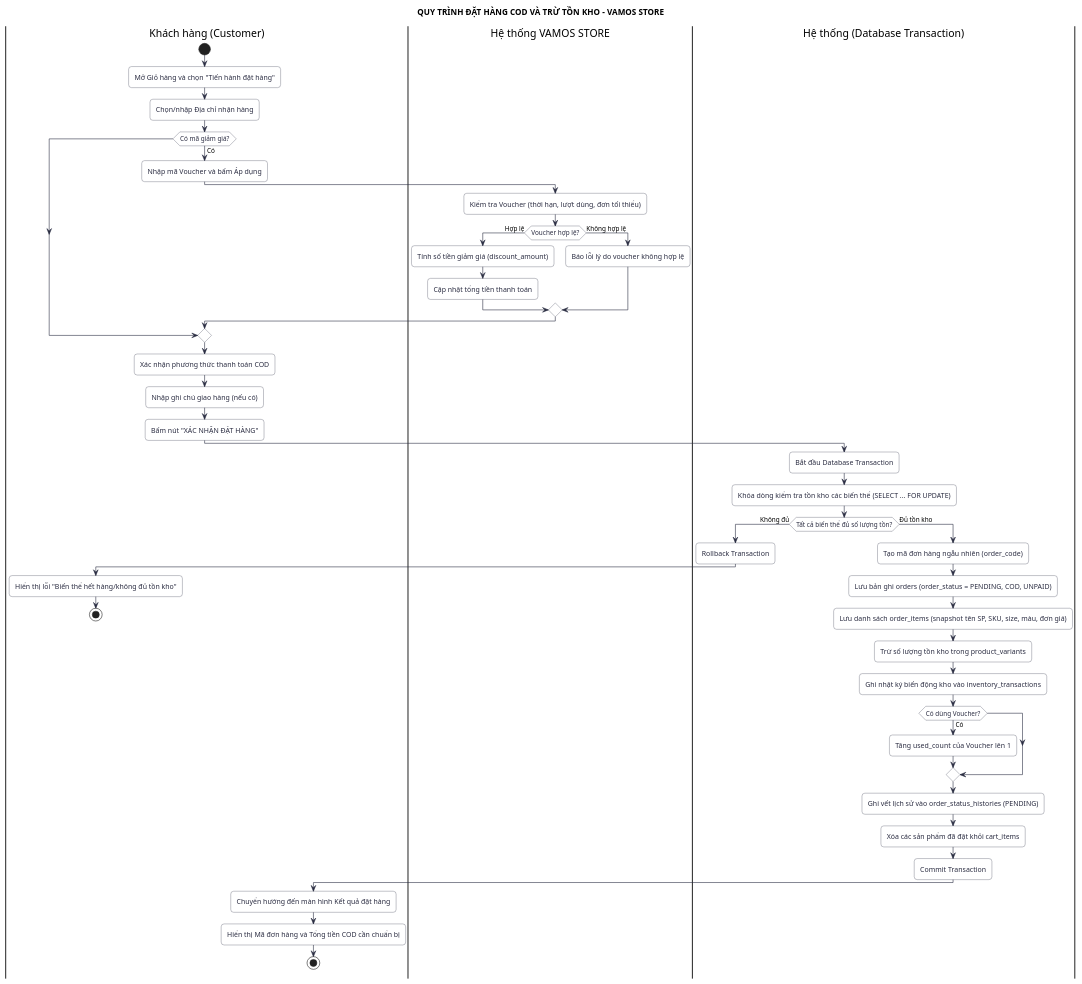
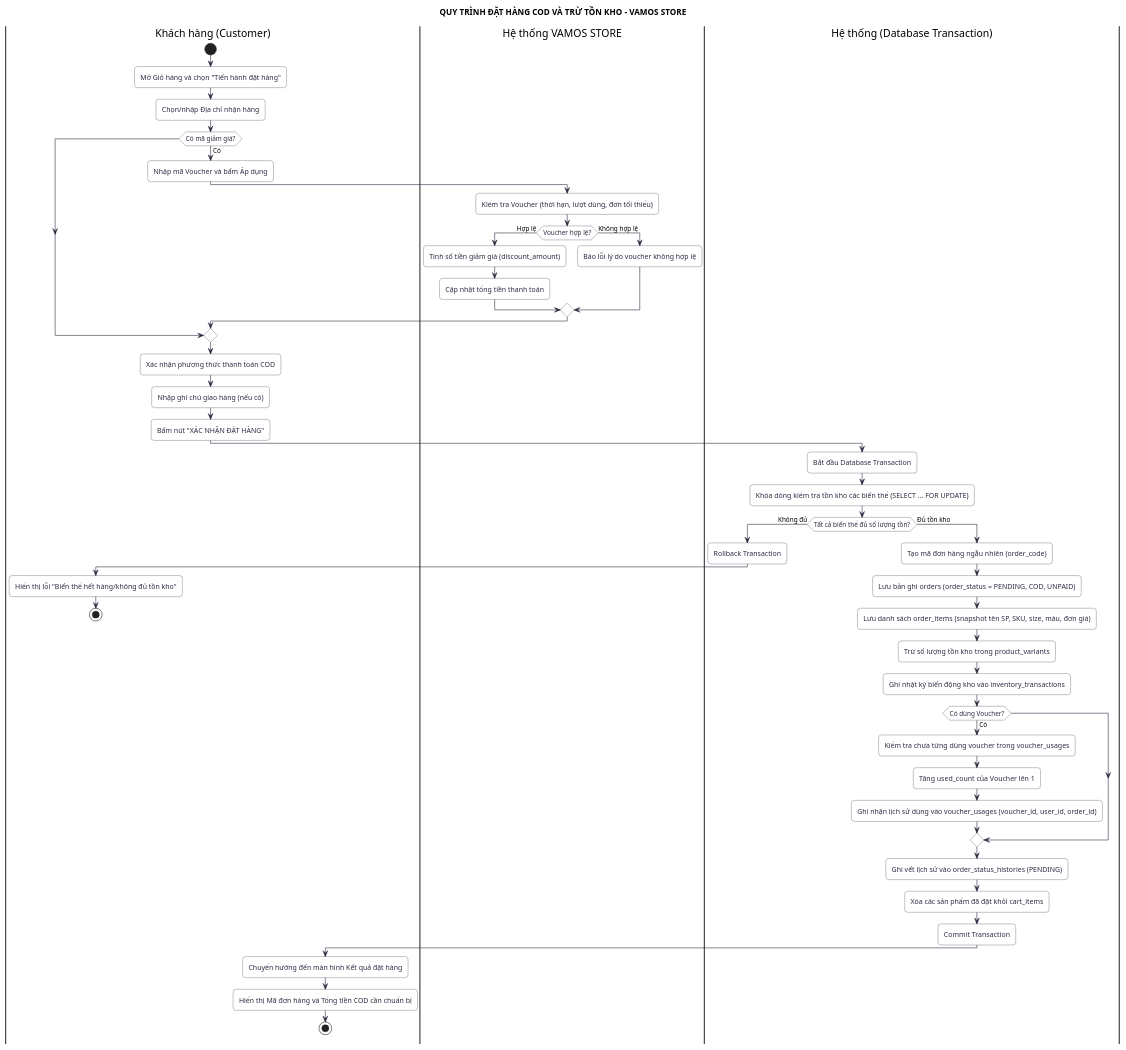
One commit to dungtttd01702-coder/vamos-store changed the diagram in docs/diagrams/activity/ad-02-checkout-cod.puml. Above: the diagram before and after it, drawn with PlantUML. The commit also changed 50 other files, not shown here.

```diff
--- a/docs/diagrams/activity/ad-02-checkout-cod.puml
+++ b/docs/diagrams/activity/ad-02-checkout-cod.puml
@@ -1,58 +1,60 @@
 @startuml ad-02-checkout-cod
 title QUY TRÌNH ĐẶT HÀNG COD VÀ TRỪ TỒN KHO - VAMOS STORE
 skinparam backgroundColor #FFFFFF
 skinparam shadowing false
 skinparam roundcorner 10
 skinparam ActivityBackgroundColor #FFFFFF
 skinparam ActivityBorderColor #2B2D42
 skinparam ActivityFontColor #2B2D42
 skinparam ArrowColor #2B2D42
 
 |Khách hàng (Customer)|
 start
 :Mở Giỏ hàng và chọn "Tiến hành đặt hàng";
 :Chọn/nhập Địa chỉ nhận hàng;
 if (Có mã giảm giá?) then (Có)
     :Nhập mã Voucher và bấm Áp dụng;
     |Hệ thống VAMOS STORE|
     :Kiểm tra Voucher (thời hạn, lượt dùng, đơn tối thiểu);
     if (Voucher hợp lệ?) then (Hợp lệ)
         :Tính số tiền giảm giá (discount_amount);
         :Cập nhật tổng tiền thanh toán;
     else (Không hợp lệ)
         :Báo lỗi lý do voucher không hợp lệ;
     endif
 endif
 
 |Khách hàng (Customer)|
 :Xác nhận phương thức thanh toán COD;
 :Nhập ghi chú giao hàng (nếu có);
 :Bấm nút "XÁC NHẬN ĐẶT HÀNG";
 
 |Hệ thống (Database Transaction)|
 :Bắt đầu Database Transaction;
 :Khóa dòng kiểm tra tồn kho các biến thể (SELECT ... FOR UPDATE);
 if (Tất cả biến thể đủ số lượng tồn?) then (Không đủ)
     :Rollback Transaction;
     |Khách hàng (Customer)|
     :Hiển thị lỗi "Biến thể hết hàng/không đủ tồn kho";
     stop
 else (Đủ tồn kho)
     |Hệ thống (Database Transaction)|
     :Tạo mã đơn hàng ngẫu nhiên (order_code);
     :Lưu bản ghi orders (order_status = PENDING, COD, UNPAID);
     :Lưu danh sách order_items (snapshot tên SP, SKU, size, màu, đơn giá);
     :Trừ số lượng tồn kho trong product_variants;
     :Ghi nhật ký biến động kho vào inventory_transactions;
     if (Có dùng Voucher?) then (Có)
+        :Kiểm tra chưa từng dùng voucher trong voucher_usages;
         :Tăng used_count của Voucher lên 1;
+        :Ghi nhận lịch sử dùng vào voucher_usages (voucher_id, user_id, order_id);
     endif
     :Ghi vết lịch sử vào order_status_histories (PENDING);
     :Xóa các sản phẩm đã đặt khỏi cart_items;
     :Commit Transaction;
     |Khách hàng (Customer)|
     :Chuyển hướng đến màn hình Kết quả đặt hàng;
     :Hiển thị Mã đơn hàng và Tổng tiền COD cần chuẩn bị;
     stop
 endif
 @enduml
```
